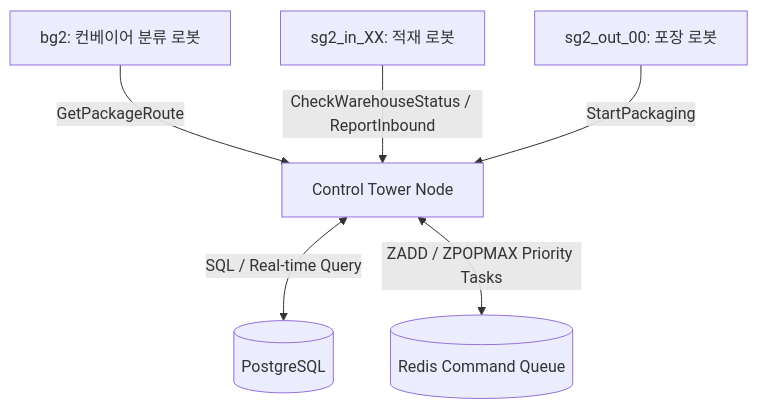
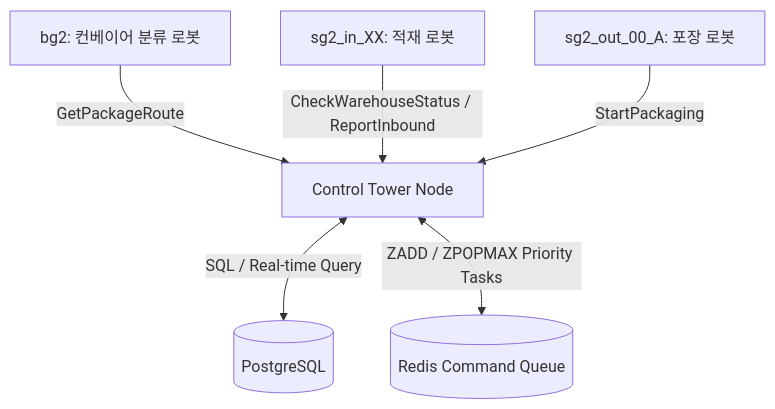
The first of 2 diagrams in AI_AGENT_GUIDE.md (yjhyun0613/cobot3_ws), drawn with Mermaid before and after one commit. The commit also changed other lines of this file and 4 other files, not shown here.

````diff
--- a/AI_AGENT_GUIDE.md
+++ b/AI_AGENT_GUIDE.md
@@ -14,8 +14,8 @@
 ```mermaid
 graph TD
     Sorter[bg2: 컨베이어 분류 로봇] -->|GetPackageRoute| CT[Control Tower Node]
     Inbound[sg2_in_XX: 적재 로봇] -->|CheckWarehouseStatus / ReportInbound| CT
-    Outbound[sg2_out_00: 포장 로봇] -->|StartPackaging| CT
+    Outbound[sg2_out_00_A: 포장 로봇] -->|StartPackaging| CT
     CT <-->|SQL / Real-time Query| DB[(PostgreSQL)]
     CT <-->|ZADD / ZPOPMAX Priority Tasks| Redis[(Redis Command Queue)]
 ```
````
